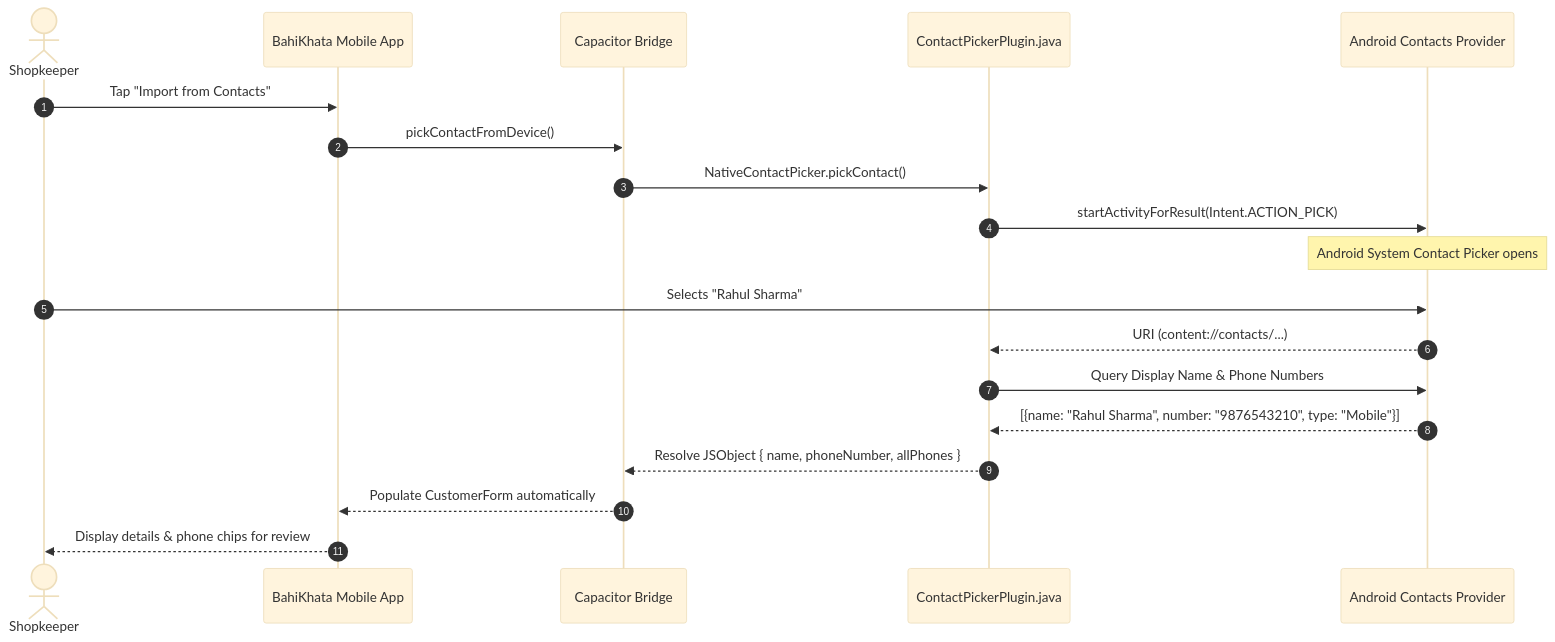
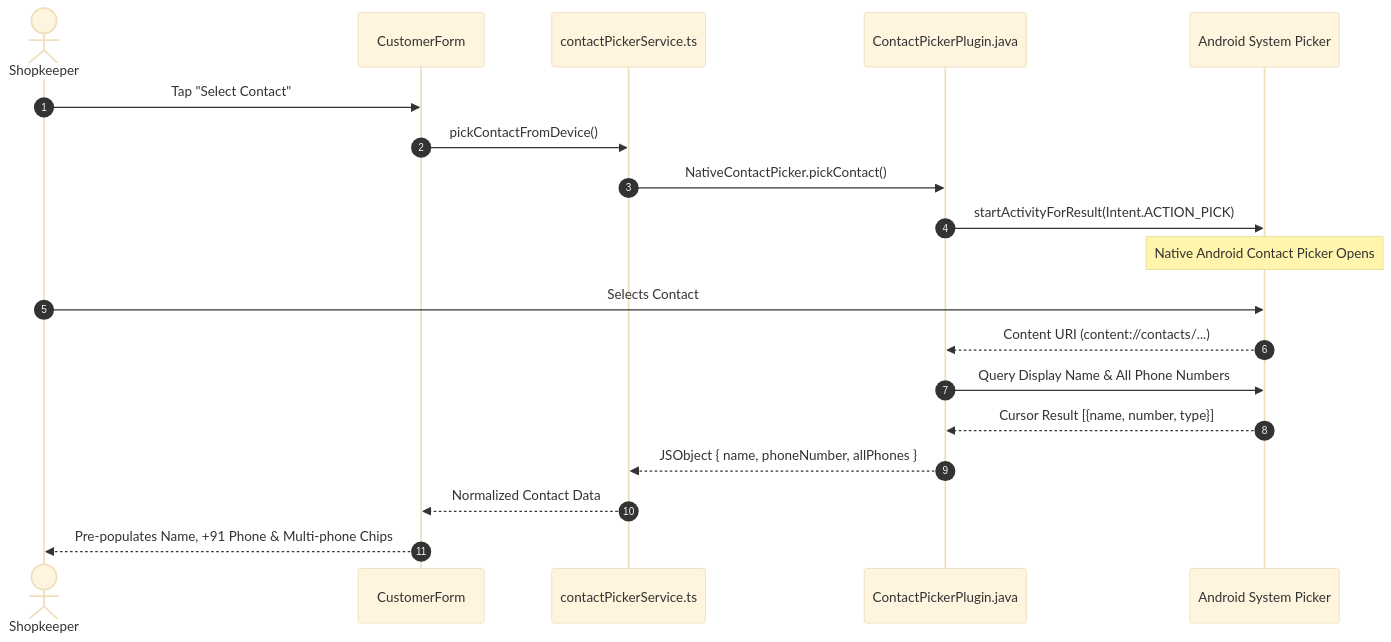
The fourth of 6 diagrams in README.md (joydeepdas-01/BahiKhata), drawn with Mermaid (base theme) before and after one commit. The commit also changed other lines of this file and 12 other files, not shown here.

Commit message:
feat(ui-ux): unified design system, reusable CustomerCard and CustomerSelector, refined bottom navigation, and expanded README

````diff
--- a/README.md
+++ b/README.md
@@ -188,22 +241,22 @@
 ```mermaid
 sequenceDiagram
     autonumber
     actor Merchant as Shopkeeper
-    participant UI as BahiKhata Mobile App
-    participant Bridge as Capacitor Bridge
-    participant Native as ContactPickerPlugin.java
-    participant Android as Android Contacts Provider
+    participant UI as CustomerForm
+    participant Service as contactPickerService.ts
+    participant Plugin as ContactPickerPlugin.java
+    participant OS as Android System Picker
 
-    Merchant->>UI: Tap "Import from Contacts"
-    UI->>Bridge: pickContactFromDevice()
-    Bridge->>Native: NativeContactPicker.pickContact()
-    Native->>Android: startActivityForResult(Intent.ACTION_PICK)
-    Note over Android: Android System Contact Picker opens
-    Merchant->>Android: Selects "Rahul Sharma"
-    Android-->>Native: URI (content://contacts/...)
-    Native->>Android: Query Display Name & Phone Numbers
-    Android-->>Native: [{name: "Rahul Sharma", number: "9876543210", type: "Mobile"}]
-    Native-->>Bridge: Resolve JSObject { name, phoneNumber, allPhones }
-    Bridge-->>UI: Populate CustomerForm automatically
-    UI-->>Merchant: Display details & phone chips for review
+    Merchant->>UI: Tap "Select Contact"
+    UI->>Service: pickContactFromDevice()
+    Service->>Plugin: NativeContactPicker.pickContact()
+    Plugin->>OS: startActivityForResult(Intent.ACTION_PICK)
+    Note over OS: Native Android Contact Picker Opens
+    Merchant->>OS: Selects Contact
+    OS-->>Plugin: Content URI (content://contacts/...)
+    Plugin->>OS: Query Display Name & All Phone Numbers
+    OS-->>Plugin: Cursor Result [{name, number, type}]
+    Plugin-->>Service: JSObject { name, phoneNumber, allPhones }
+    Service-->>UI: Normalized Contact Data
+    UI-->>Merchant: Pre-populates Name, +91 Phone & Multi-phone Chips
 ```
````
